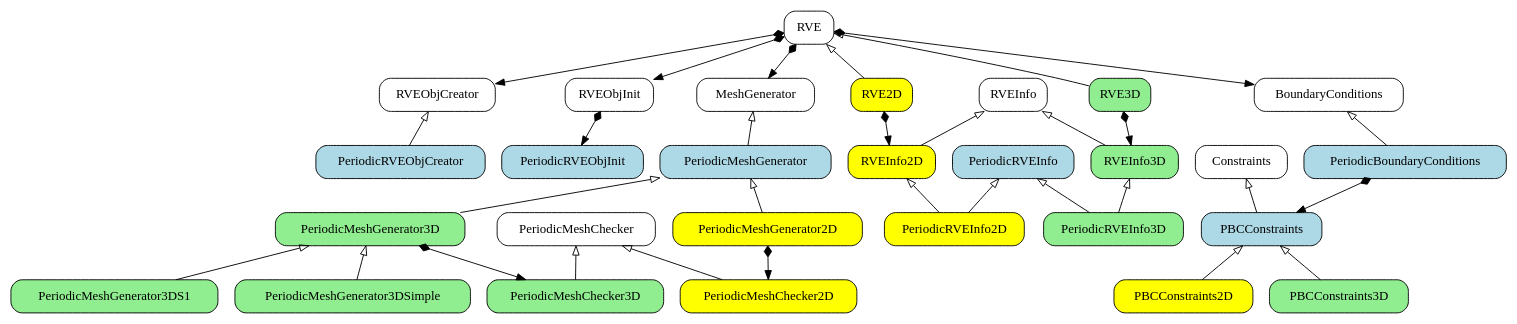
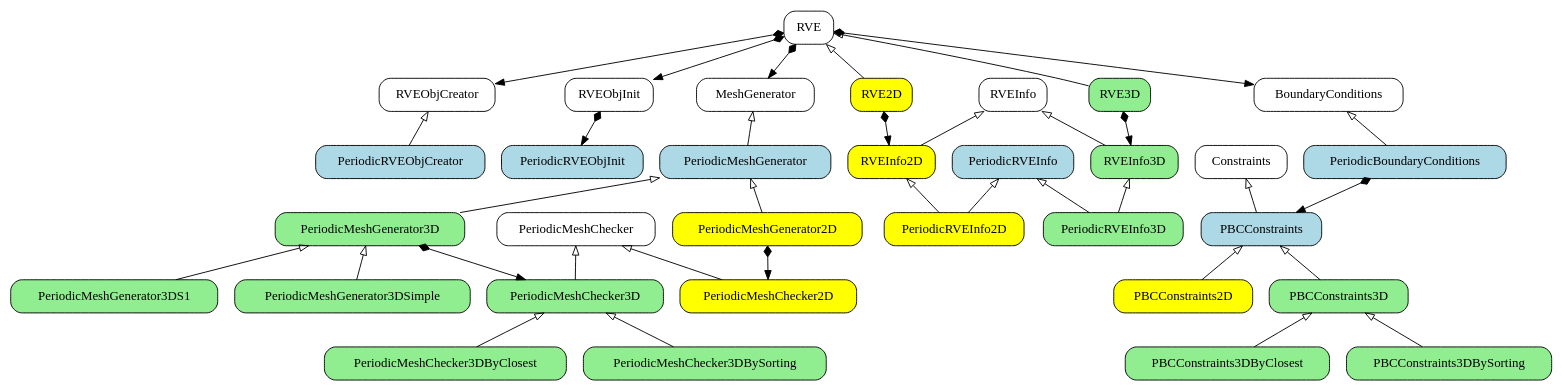
The diagram in uml/rve.gv (bessagroup/f3dasm), drawn with Graphviz before and after one commit. The commit also changed 1 other file, not shown here.

Commit message:
updated rve 3d mesh checker

```diff
--- a/uml/rve.gv
+++ b/uml/rve.gv
@@ -1,80 +1,88 @@
 digraph RVE {
 
     node[shape=record, style=rounded]
     RVE[label = "{RVE}"]
     BoundaryConditions[label = "{BoundaryConditions}"]
     MeshGenerator[label = "{MeshGenerator}"]
     PeriodicMeshChecker[label = "{PeriodicMeshChecker}"]
     Constraints[label = "{Constraints}"]
     RVEInfo[label="{RVEInfo}"]
     RVEObjCreator[label="RVEObjCreator"]
     RVEObjInit[label="RVEObjInit"]
 
     node[shape=record, style="rounded, filled", fillcolor=lightblue]
     PeriodicBoundaryConditions[label = "{PeriodicBoundaryConditions}"]
     PBCConstraints[label = "{PBCConstraints}"]
     PeriodicMeshGenerator[label = "{PeriodicMeshGenerator}"]
     PeriodicRVEInfo[label = "{PeriodicRVEInfo}"]
     PeriodRVEObjCreator[label = "{PeriodicRVEObjCreator}"]
     PeriodicRVEObjInit[label="PeriodicRVEObjInit"]
 
     node[shape=record, style="rounded, filled", fillcolor=yellow]
     RVE2D[label = "{RVE2D}"]
     PBCConstraints2D[label = "{PBCConstraints2D}"]
     RVEInfo2D[label="{RVEInfo2D}"]
     PeriodicMeshChecker2D[label = "{PeriodicMeshChecker2D}"]
     PeriodicMeshGenerator2D[label= "{PeriodicMeshGenerator2D}"]
     PeriodicRVEInfo2D[label="{PeriodicRVEInfo2D}"]
 
     node[shape=record, style="rounded, filled", fillcolor=lightgreen]
     RVE3D[label = "{RVE3D}"]
     PBCConstraints3D[label = "{PBCConstraints3D}"]
+    PBCConstraints3DByClosest[label = "{PBCConstraints3DByClosest}"]
+    PBCConstraints3DBySorting[label = "{PBCConstraints3DBySorting}"]
     RVEInfo3D[label="{RVEInfo3D}"]
     PeriodicRVEInfo3D[label="{PeriodicRVEInfo3D}"]
     PeriodicMeshChecker3D[label = "{PeriodicMeshChecker3D}"]
+    PeriodicMeshChecker3DByClosest[label = "{PeriodicMeshChecker3DByClosest}"]
+    PeriodicMeshChecker3DBySorting[label = "{PeriodicMeshChecker3DBySorting}"]
     PeriodicMeshGenerator3D[label= "{PeriodicMeshGenerator3D}"]
     PeriodicMeshGenerator3DSimple[label= "{PeriodicMeshGenerator3DSimple}"]
     PeriodicMeshGenerator3DS1[label= "{PeriodicMeshGenerator3DS1}"]
 
     // generalizations
     edge[dir=back, arrowtail=empty, style=normal]
     RVE->RVE2D
     RVE->RVE3D
     BoundaryConditions->PeriodicBoundaryConditions
     MeshGenerator->PeriodicMeshGenerator
     Constraints->PBCConstraints
     PBCConstraints->PBCConstraints2D
     PBCConstraints->PBCConstraints3D
+    PBCConstraints3D->PBCConstraints3DByClosest
+    PBCConstraints3D->PBCConstraints3DBySorting
     RVEInfo->RVEInfo2D
     RVEInfo->RVEInfo3D
     PeriodicMeshChecker->PeriodicMeshChecker2D
     PeriodicMeshChecker->PeriodicMeshChecker3D
+    PeriodicMeshChecker3D->PeriodicMeshChecker3DByClosest
+    PeriodicMeshChecker3D->PeriodicMeshChecker3DBySorting
     PeriodicMeshGenerator->PeriodicMeshGenerator2D
     PeriodicMeshGenerator->PeriodicMeshGenerator3D
     PeriodicRVEInfo->PeriodicRVEInfo2D
     RVEInfo2D->PeriodicRVEInfo2D
     PeriodicRVEInfo->PeriodicRVEInfo3D
     RVEInfo3D->PeriodicRVEInfo3D
     RVEObjCreator->PeriodRVEObjCreator
     PeriodicMeshGenerator3D->PeriodicMeshGenerator3DSimple
     PeriodicMeshGenerator3D->PeriodicMeshGenerator3DS1
 
     // dependencies
     edge[dir=normal, arrowhead=normal, style=dashed]
     // PeriodicMeshGenerator->RVEInfo
     // PeriodicMeshChecker->RVEInfo
 
     // compositions
     edge[dir=both, arrowtail=diamond, arrowhead=normal, style=normal]
     RVE2D->RVEInfo2D
     RVE3D->RVEInfo3D
     RVE->MeshGenerator
     RVE->BoundaryConditions
     PeriodicMeshGenerator2D->PeriodicMeshChecker2D
     PeriodicMeshGenerator3D->PeriodicMeshChecker3D
     RVE->RVEObjCreator
     PeriodicBoundaryConditions->PBCConstraints
     RVE->RVEObjInit
     RVEObjInit->PeriodicRVEObjInit
 
 }
```
